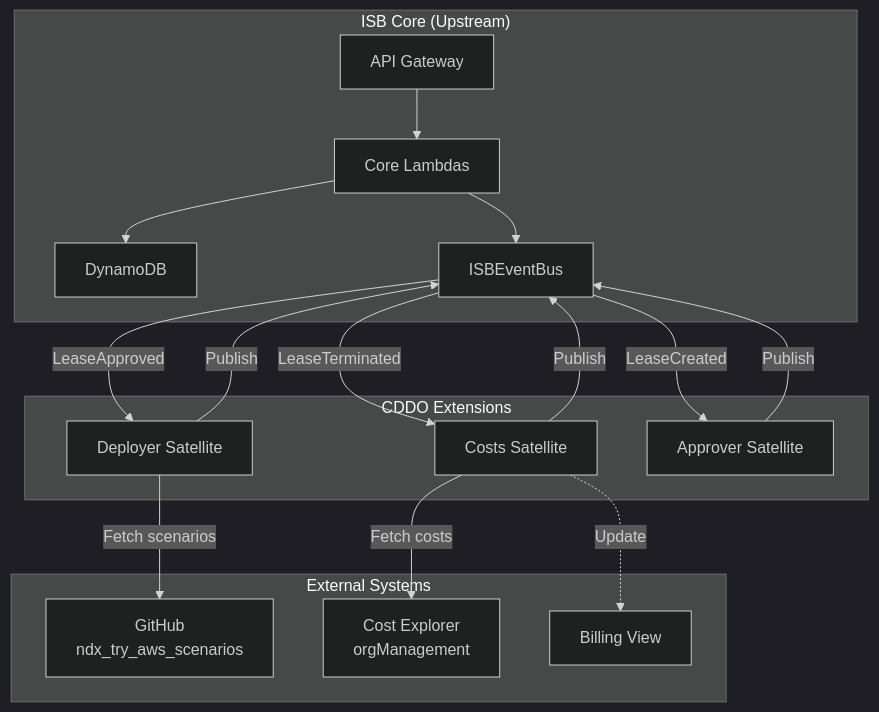
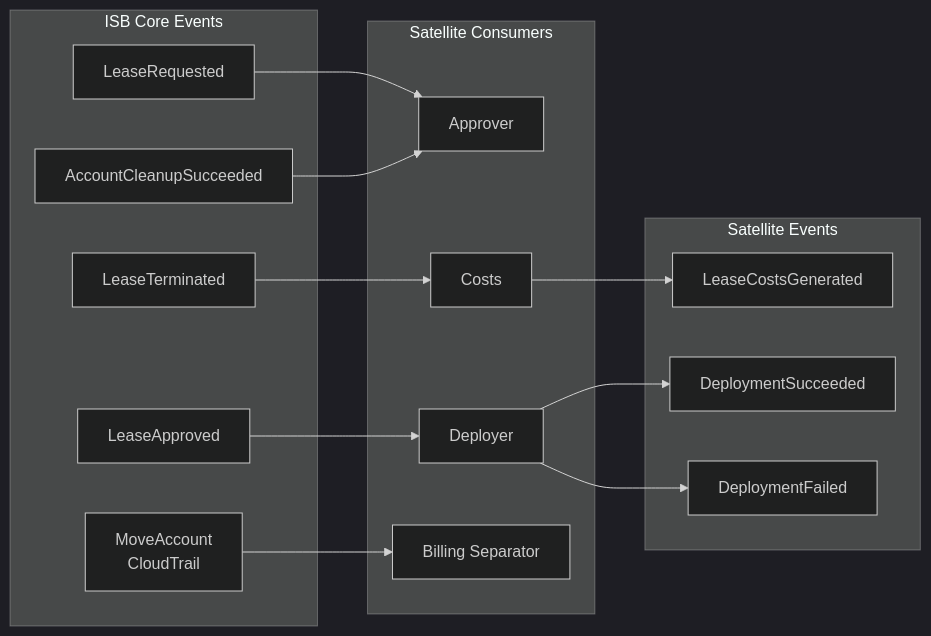
The third of 3 diagrams in docs/13-isb-customizations.md (co-cddo/ndx-try-arch), drawn with Mermaid (dark theme) before and after one commit. The commit also changed other lines of this file and 41 other files, not shown here.

First line of the commit message:
docs: update NDX architecture documentation (#9)

````diff
--- a/docs/13-isb-customizations.md
+++ b/docs/13-isb-customizations.md
@@ -605,37 +506,33 @@
 ```mermaid
-graph TB
-    subgraph "ISB Core (Upstream)"
-        API[API Gateway]
-        LAMBDA[Core Lambdas]
-        DDB[DynamoDB]
-        EB[ISBEventBus]
+graph LR
+    subgraph "ISB Core Events"
+        E1[LeaseRequested]
+        E2[LeaseApproved]
+        E3[LeaseTerminated]
+        E4[AccountCleanupSucceeded]
+        E5[MoveAccount<br/>CloudTrail]
     end
 
-    subgraph "CDDO Extensions"
-        COSTS[Costs Satellite]
-        DEPLOYER[Deployer Satellite]
-        APPROVER[Approver Satellite]
+    subgraph "Satellite Consumers"
+        A[Approver]
+        D[Deployer]
+        C[Costs]
+        B[Billing Separator]
     end
 
-    subgraph "External Systems"
-        GH[GitHub<br/>ndx_try_aws_scenarios]
-        CE[Cost Explorer<br/>orgManagement]
-        BILLING[Billing View]
+    subgraph "Satellite Events"
+        SE1[LeaseCostsGenerated]
+        SE2[DeploymentSucceeded]
+        SE3[DeploymentFailed]
     end
 
-    API --> LAMBDA
-    LAMBDA --> DDB
-    LAMBDA --> EB
+    E1 --> A
+    E4 --> A
+    E2 --> D
+    E3 --> C
+    E5 --> B
 
-    EB -->|LeaseTerminated| COSTS
-    EB -->|LeaseApproved| DEPLOYER
-    EB -->|LeaseCreated| APPROVER
-
-    COSTS -->|Fetch costs| CE
-    COSTS -->|Publish| EB
-    DEPLOYER -->|Fetch scenarios| GH
-    DEPLOYER -->|Publish| EB
-    APPROVER -->|Publish| EB
-
-    COSTS -.->|Update| BILLING
+    C --> SE1
+    D --> SE2
+    D --> SE3
 ```
````
